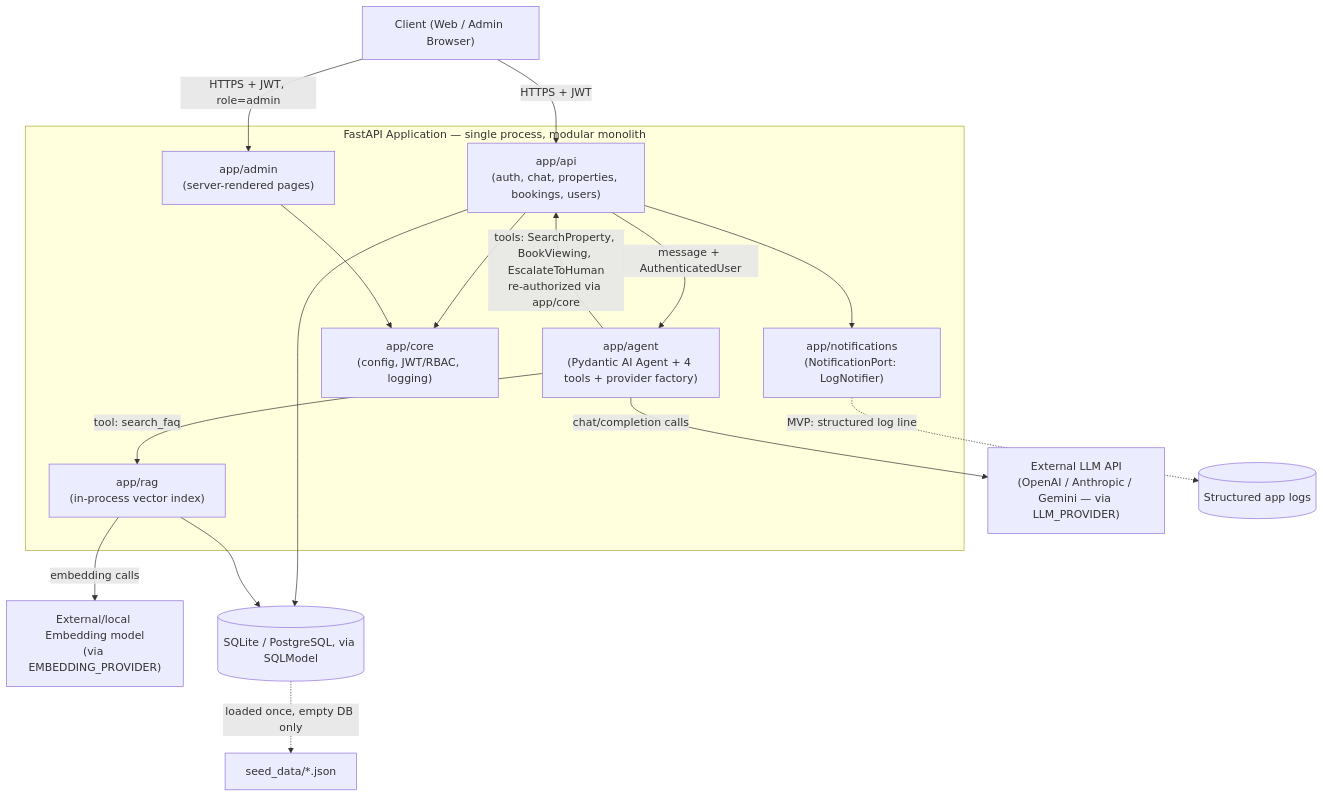
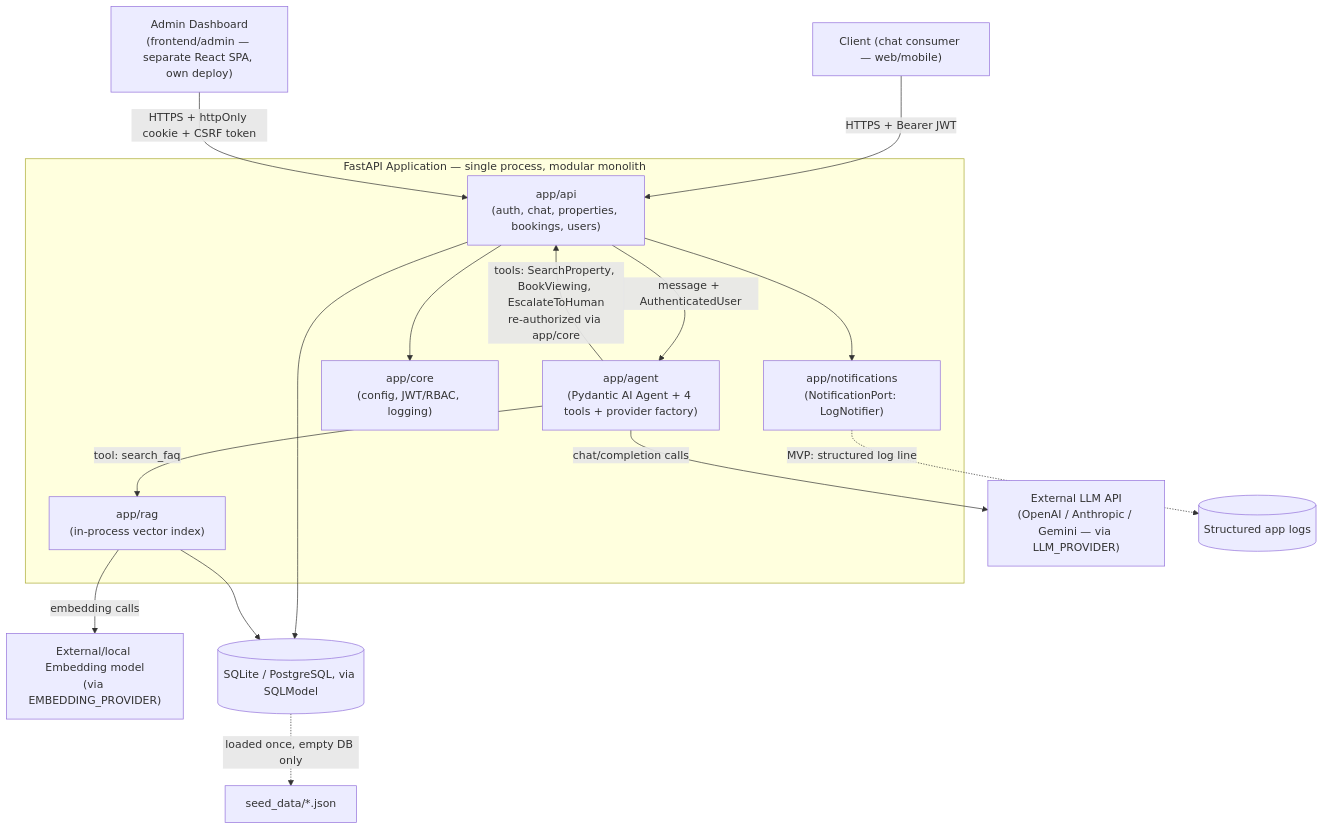
The first of 3 diagrams in README.md (jalalAzhmatkhan/realestate-ai-assistant), drawn with Mermaid before and after one commit. The commit also changed other lines of this file and 6 other files, not shown here.

First line of the commit message:
Move seed data under backend/, resolve admin UI as separate SPA

````diff
--- a/README.md
+++ b/README.md
@@ -371,33 +383,32 @@
 ```mermaid
 flowchart TB
-    Client["Client (Web / Admin Browser)"]
+    Client["Client (chat consumer — web/mobile)"]
+    AdminSPA["Admin Dashboard<br/>(frontend/admin — separate React SPA, own deploy)"]
     LLM["External LLM API<br/>(OpenAI / Anthropic / Gemini — via LLM_PROVIDER)"]
     EMB["External/local Embedding model<br/>(via EMBEDDING_PROVIDER)"]
     DB[("SQLite / PostgreSQL, via SQLModel")]
     Seed["seed_data/*.json"]
     Log[("Structured app logs")]
 
     subgraph App["FastAPI Application — single process, modular monolith"]
         Routers["app/api<br/>(auth, chat, properties, bookings, users)"]
-        Admin["app/admin<br/>(server-rendered pages)"]
         Orchestrator["app/agent<br/>(Pydantic AI Agent + 4 tools + provider factory)"]
         RAG["app/rag<br/>(in-process vector index)"]
         Core["app/core<br/>(config, JWT/RBAC, logging)"]
         Notif["app/notifications<br/>(NotificationPort: LogNotifier)"]
     end
 
-    Client -->|HTTPS + JWT| Routers
-    Client -->|HTTPS + JWT, role=admin| Admin
+    Client -->|HTTPS + Bearer JWT| Routers
+    AdminSPA -->|HTTPS + httpOnly cookie + CSRF token| Routers
     Routers --> Core
-    Admin --> Core
     Routers -->|message + AuthenticatedUser| Orchestrator
     Orchestrator -->|tool: search_faq| RAG
     Orchestrator -->|tools: SearchProperty, BookViewing, EscalateToHuman<br/>re-authorized via app/core| Routers
     Orchestrator -->|chat/completion calls| LLM
     RAG -->|embedding calls| EMB
     Routers --> DB
     RAG --> DB
     DB -.->|loaded once, empty DB only| Seed
     Routers --> Notif
     Notif -.->|MVP: structured log line| Log
 ```
````
